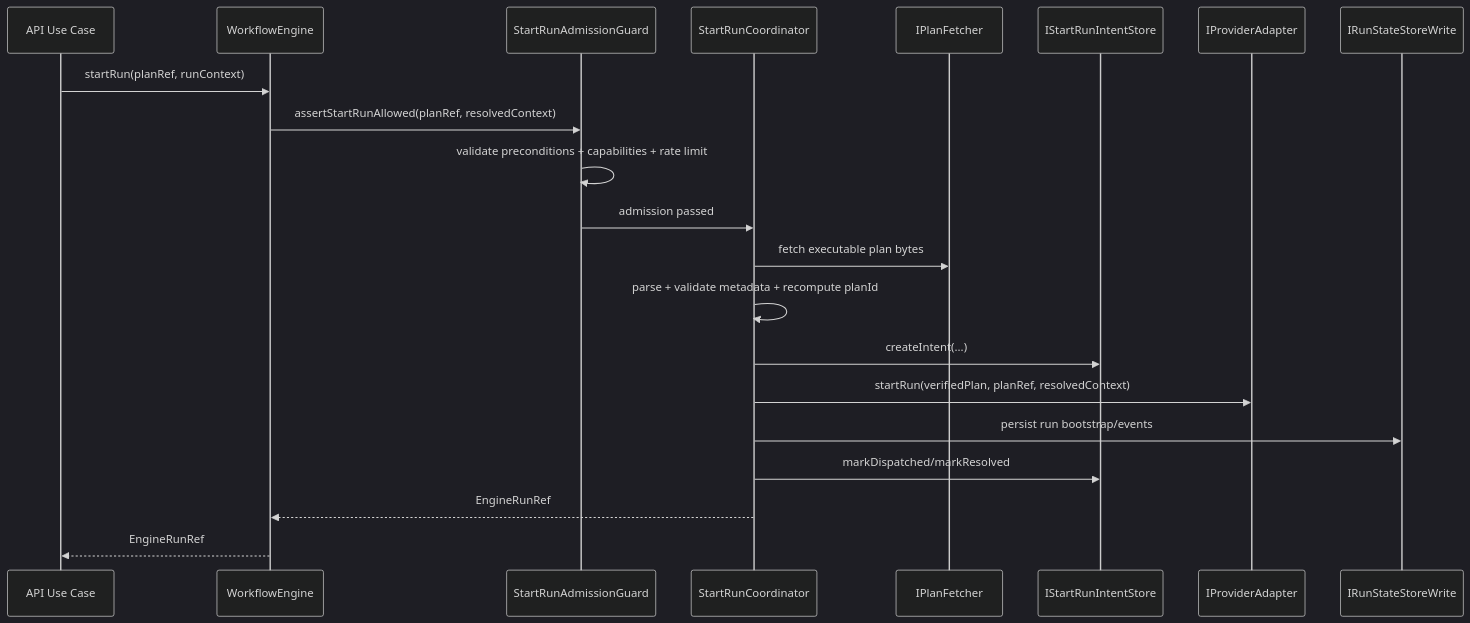
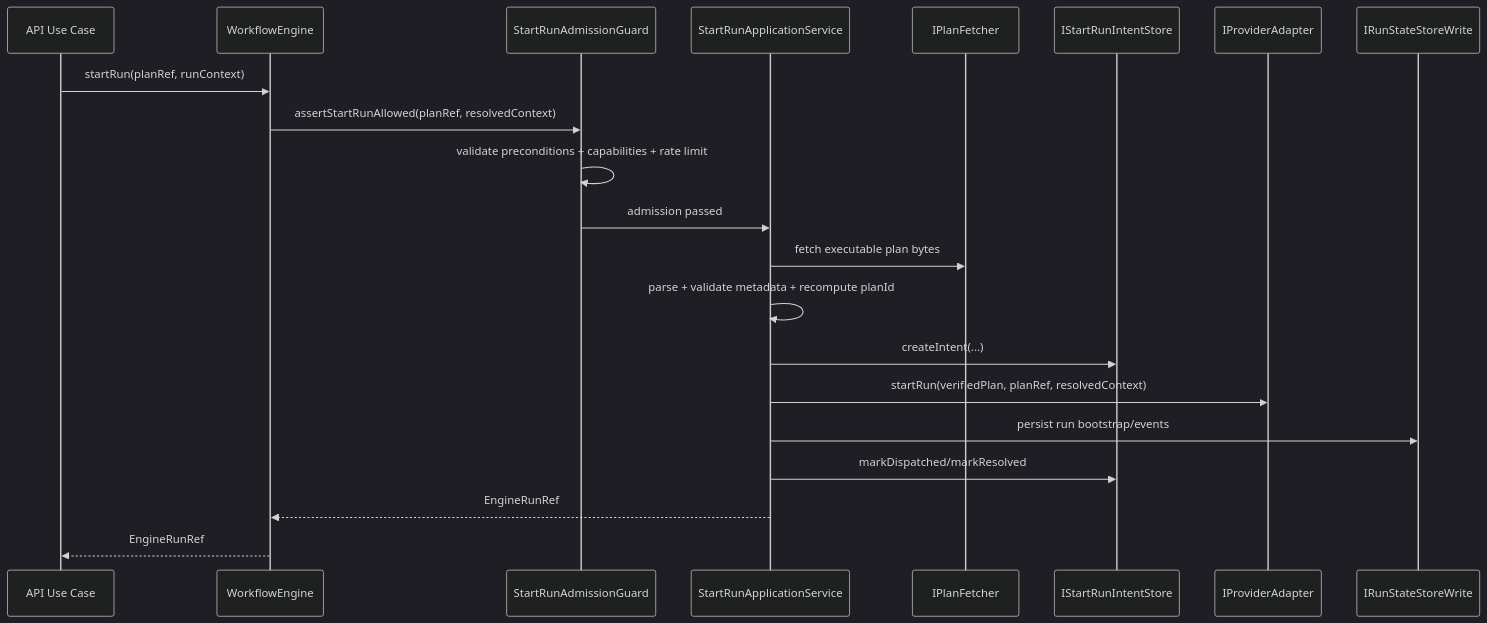
Before and after one commit to dunay2/dvt: the third of 5 diagrams in docs/architecture/components/engine/architecture/workflow-engine-subsystem-context.md, drawn with Mermaid (dark theme). The commit also changed other lines of this file and 7 other files, not shown here.

Commit message:
docs(docs): Align engine architecture surface documentation

````diff
--- a/docs/architecture/components/engine/architecture/workflow-engine-subsystem-context.md
+++ b/docs/architecture/components/engine/architecture/workflow-engine-subsystem-context.md
@@ -127,24 +135,24 @@
 ```mermaid
 sequenceDiagram
   participant Client as API Use Case
   participant Engine as WorkflowEngine
   participant Guard as StartRunAdmissionGuard
-  participant Coord as StartRunCoordinator
+  participant StartRun as StartRunApplicationService
   participant PlanStore as IPlanFetcher
   participant Intent as IStartRunIntentStore
   participant Adapter as IProviderAdapter
   participant State as IRunStateStoreWrite
 
   Client->>Engine: startRun(planRef, runContext)
   Engine->>Guard: assertStartRunAllowed(planRef, resolvedContext)
   Guard->>Guard: validate preconditions + capabilities + rate limit
-  Guard->>Coord: admission passed
-  Coord->>PlanStore: fetch executable plan bytes
-  Coord->>Coord: parse + validate metadata + recompute planId
-  Coord->>Intent: createIntent(...)
-  Coord->>Adapter: startRun(verifiedPlan, planRef, resolvedContext)
-  Coord->>State: persist run bootstrap/events
-  Coord->>Intent: markDispatched/markResolved
-  Coord-->>Engine: EngineRunRef
+  Guard->>StartRun: admission passed
+  StartRun->>PlanStore: fetch executable plan bytes
+  StartRun->>StartRun: parse + validate metadata + recompute planId
+  StartRun->>Intent: createIntent(...)
+  StartRun->>Adapter: startRun(verifiedPlan, planRef, resolvedContext)
+  StartRun->>State: persist run bootstrap/events
+  StartRun->>Intent: markDispatched/markResolved
+  StartRun-->>Engine: EngineRunRef
   Engine-->>Client: EngineRunRef
 ```
````
